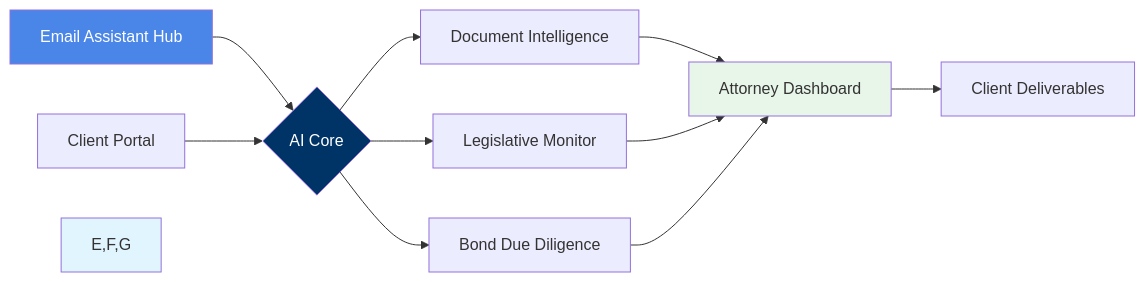
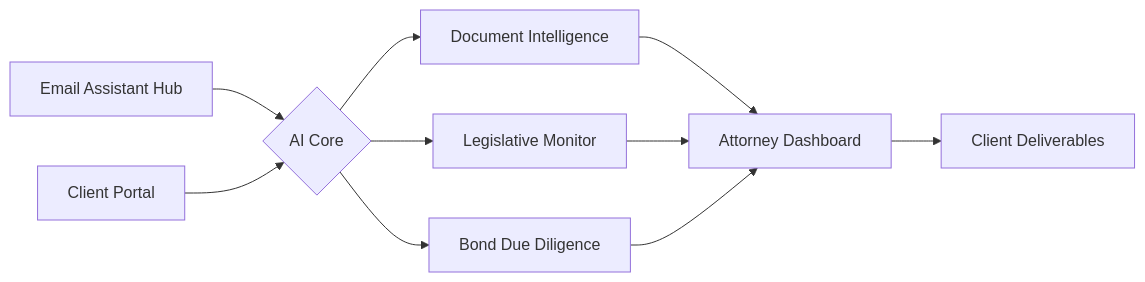
One commit to SquizAI/Co_Legal- changed the first of 2 diagrams in README.md. Above: the diagram before and after it, drawn with Mermaid. The commit also changed other lines of this file, not shown here.

Commit message:
Enhance README with professional styling and fix chart rendering: - Fix Mermaid charts to display properly on GitHub - Improve overall visual presentation with badges and tables - Add clickable email links for easy contact - Create more professional layout with centered sections

````diff
--- a/README.md
+++ b/README.md
@@ -47,17 +52,12 @@
 ```mermaid
 flowchart LR
     A[Email Assistant Hub] --> B{AI Core}
     C[Client Portal] --> B
-    
     B --> E[Document Intelligence]
     B --> F[Legislative Monitor]
     B --> G[Bond Due Diligence]
-    
-    E & F & G --> I[Attorney Dashboard]
+    E --> I[Attorney Dashboard]
+    F --> I
+    G --> I
     I --> J[Client Deliverables]
-    
-    style A fill:#4a86e8,color:#ffffff
-    style B fill:#003366,color:#ffffff
-    style E,F,G fill:#e1f5fe
-    style I fill:#e8f5e9
 ```
````
